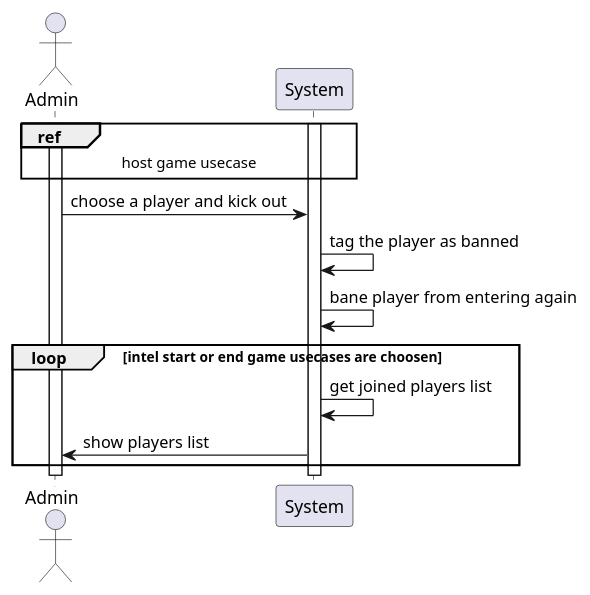
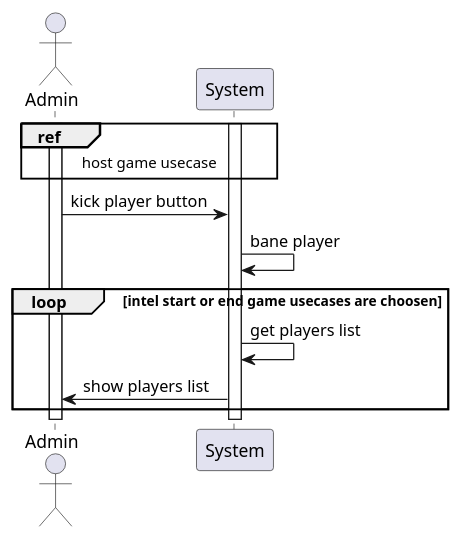
Before and after one commit to monoploy-game/design: the diagram in SDs/admin/kick_player_out.wsd, drawn with PlantUML. The commit also changed 1 other file, not shown here.

Commit message:
updated bane player sd and dSD, to sync with class diagram

```diff
--- a/SDs/admin/kick_player_out.wsd
+++ b/SDs/admin/kick_player_out.wsd
@@ -1,21 +1,20 @@
 @startuml
 
 actor Admin
 
 Activate Admin
 Activate System
 
 ref over Admin, System : host game usecase
 
-Admin ->  System : choose a player and kick out
-System -> System : tag the player as banned
-System -> System : bane player from entering again
+Admin ->  System : kick player button
+System -> System : bane player
 
 loop intel start or end game usecases are choosen
-    System -> System : get joined players list
+    System -> System : get players list
     System -> Admin : show players list
 end
 
 
 
 @enduml
```
